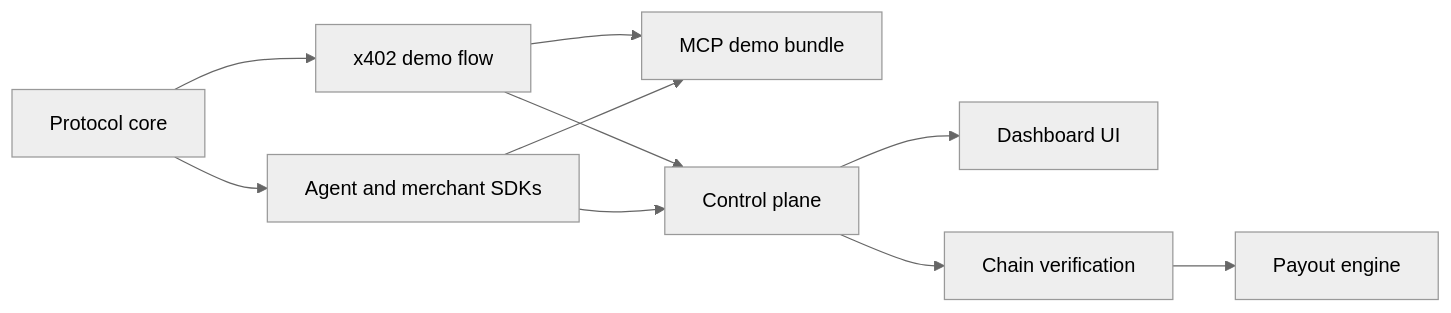
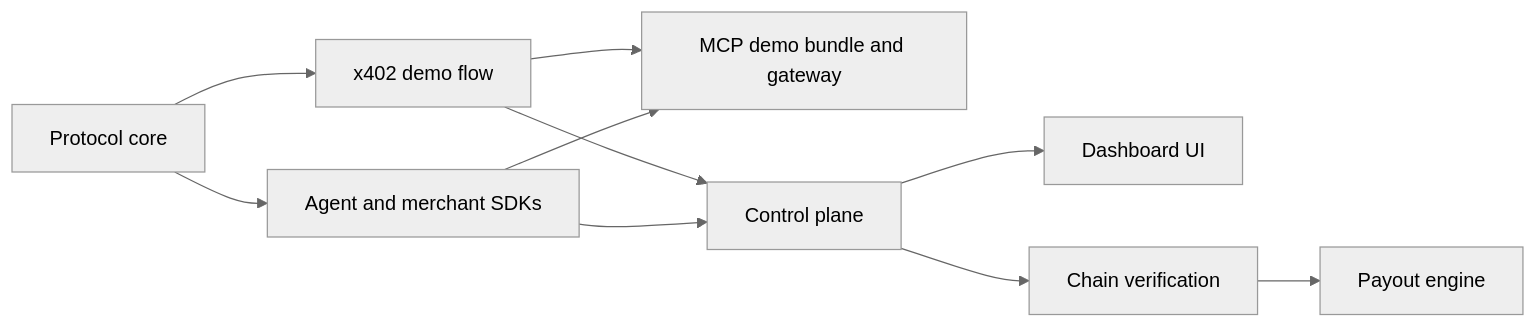
The diagram in docs/CURRENT_STATE.md (split402protocol/splitx402), drawn with Mermaid (neutral theme) before and after one commit. The commit also changed other lines of this file and 12 other files, not shown here.

Commit message:
Add Phase 7 MCP demo gateway

````diff
--- a/docs/CURRENT_STATE.md
+++ b/docs/CURRENT_STATE.md
@@ -14,21 +14,21 @@
 ```mermaid
 flowchart LR
   Protocol["Protocol core"]
   Demo["x402 demo flow"]
   SDKs["Agent and merchant SDKs"]
-  Mcp["MCP demo bundle"]
+  Mcp["MCP demo bundle and gateway"]
   Dashboard["Dashboard UI"]
   Control["Control plane"]
   Verification["Chain verification"]
   Payouts["Payout engine"]
 
   Protocol --> Demo
   Protocol --> SDKs
   Demo --> Control
   Demo --> Mcp
   SDKs --> Control
   SDKs --> Mcp
   Control --> Dashboard
   Control --> Verification
   Verification --> Payouts
 ```
````
